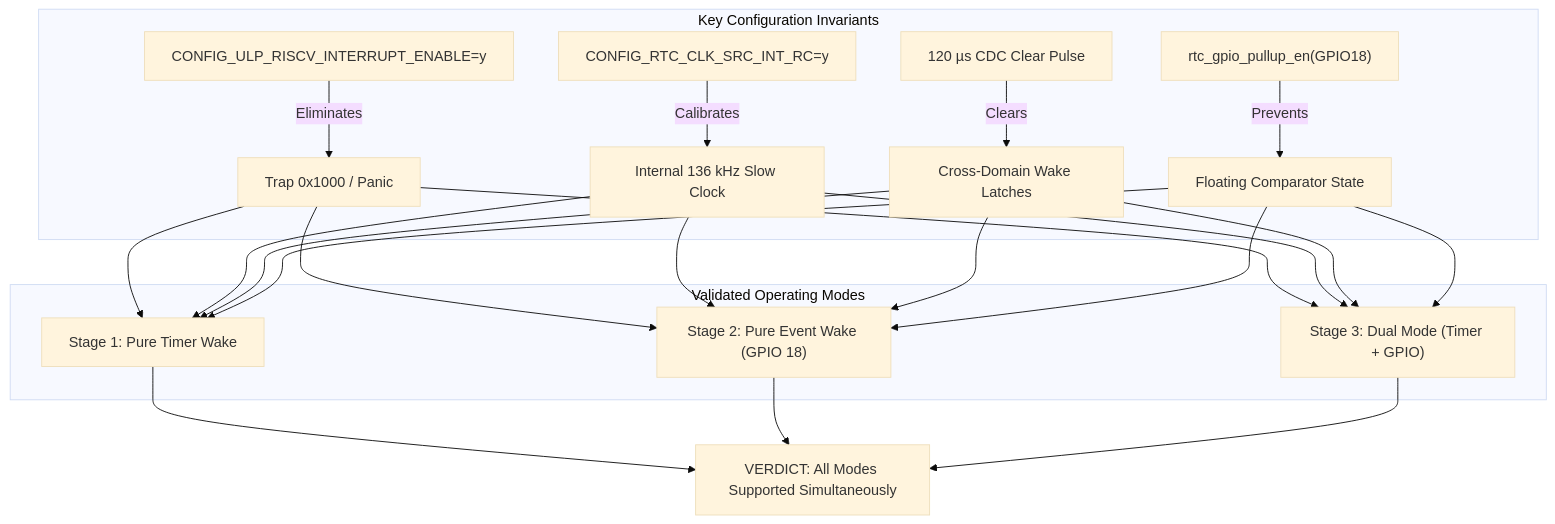
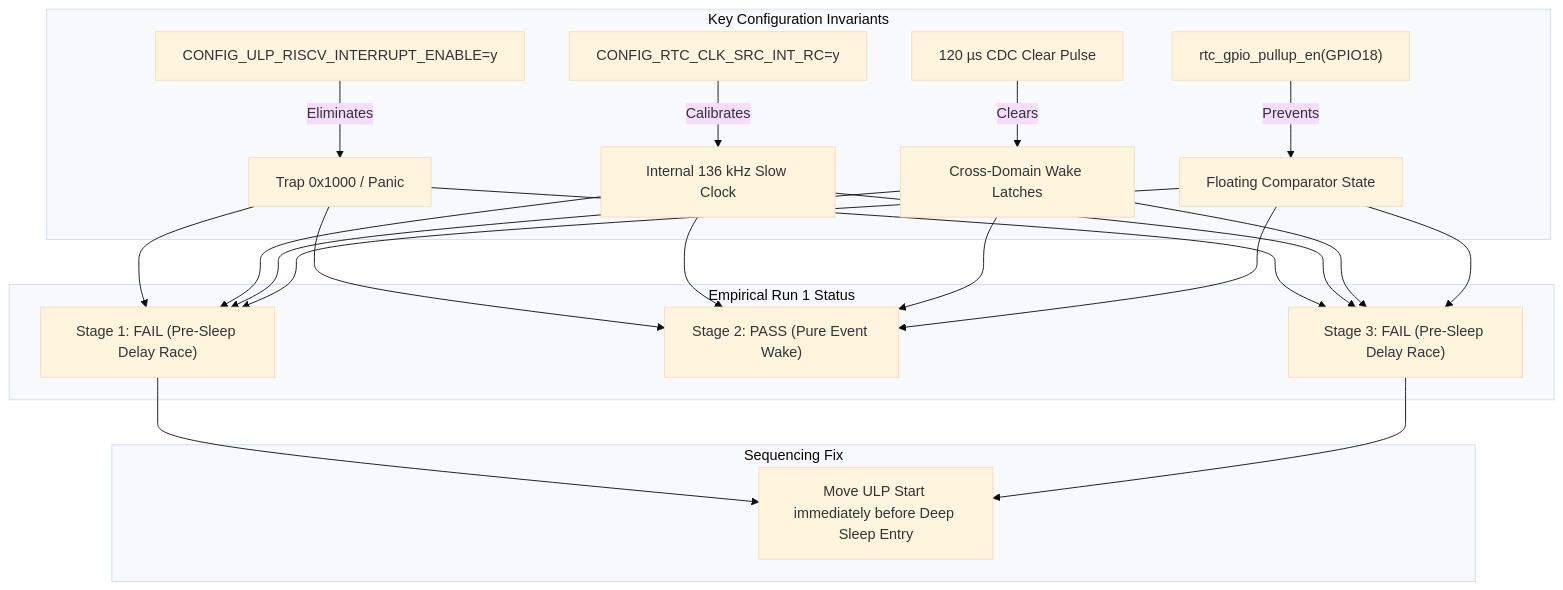
The diagram in examples/riscv_test/docs/ulp_riscv_test_results_summary.md (Humidyne-Labs/H1OS), drawn with Mermaid (base theme) before and after one commit. The commit also changed other lines of this file and 3 other files, not shown here.

Commit message:
docs/test: accurately document empirical test results and fix pre-sleep race condition

````diff
--- a/examples/riscv_test/docs/ulp_riscv_test_results_summary.md
+++ b/examples/riscv_test/docs/ulp_riscv_test_results_summary.md
@@ -45,17 +62,19 @@
 ```mermaid
 graph TD
     subgraph ConfigCorrect ["Key Configuration Invariants"]
         K1["CONFIG_ULP_RISCV_INTERRUPT_ENABLE=y"] -->|Eliminates| T1["Trap 0x1000 / Panic"]
         K2["CONFIG_RTC_CLK_SRC_INT_RC=y"] -->|Calibrates| T2["Internal 136 kHz Slow Clock"]
         K3["120 µs CDC Clear Pulse"] -->|Clears| T3["Cross-Domain Wake Latches"]
         K4["rtc_gpio_pullup_en(GPIO18)"] -->|Prevents| T4["Floating Comparator State"]
     end
 
-    subgraph ModesValidated ["Validated Operating Modes"]
-        T1 & T2 & T3 & T4 --> M1["Stage 1: Pure Timer Wake"]
-        T1 & T2 & T3 & T4 --> M2["Stage 2: Pure Event Wake (GPIO 18)"]
-        T1 & T2 & T3 & T4 --> M3["Stage 3: Dual Mode (Timer + GPIO)"]
+    subgraph EmpiricalStatus ["Empirical Run 1 Status"]
+        T1 & T2 & T3 & T4 --> M1["Stage 1: FAIL (Pre-Sleep Delay Race)"]
+        T1 & T2 & T3 & T4 --> M2["Stage 2: PASS (Pure Event Wake)"]
+        T1 & T2 & T3 & T4 --> M3["Stage 3: FAIL (Pre-Sleep Delay Race)"]
     end
 
-    M1 & M2 & M3 --> VERDICT["VERDICT: All Modes Supported Simultaneously"]
+    subgraph FixApplied ["Sequencing Fix"]
+        M1 & M3 --> FIX["Move ULP Start immediately before Deep Sleep Entry"]
+    end
 ```
````
